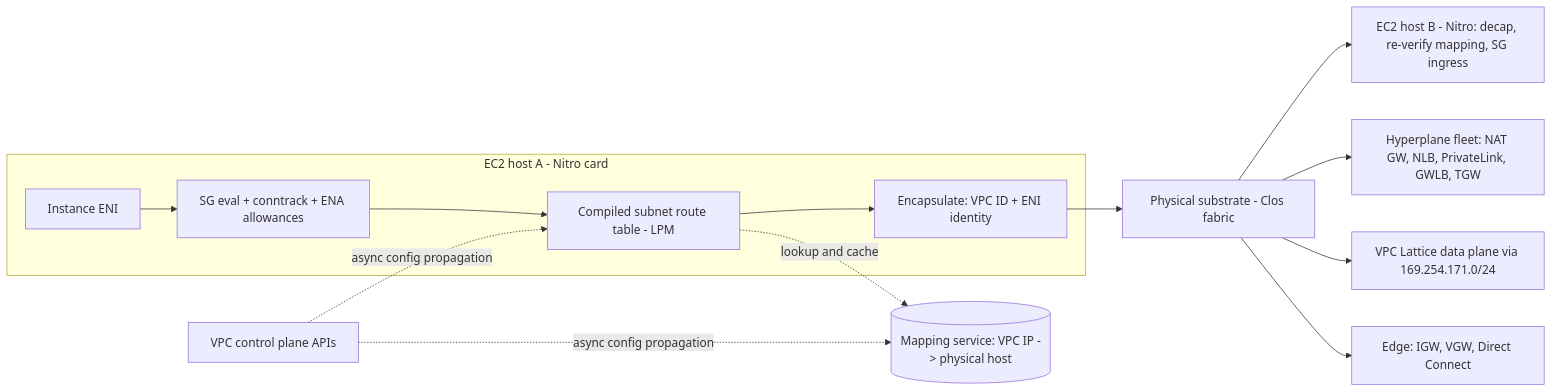
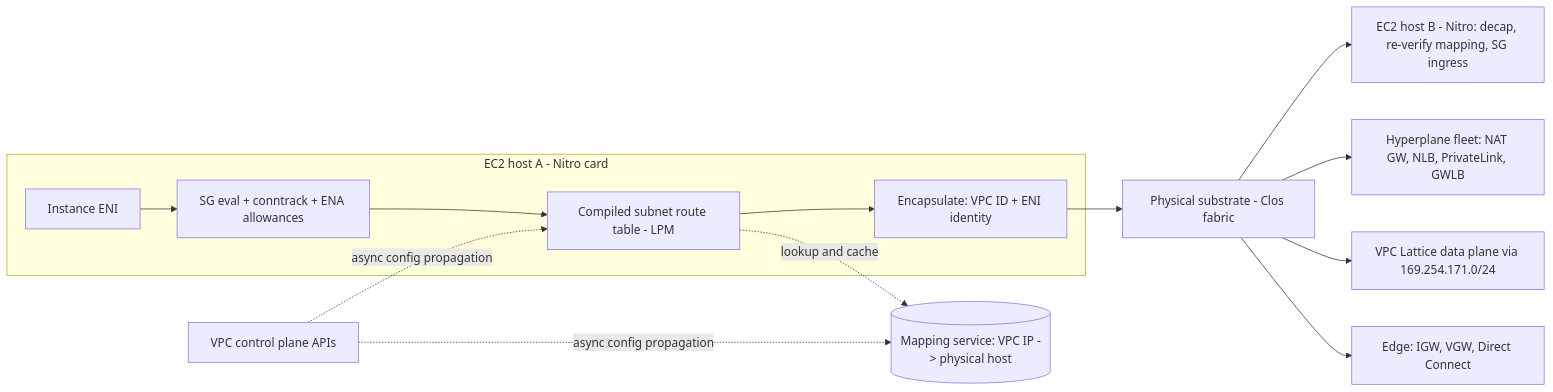
One commit to shreejitverma/SDE-Interview-Prep changed the diagram in 17-Cloud-AI-Engineering/Volume_02_AWS_Deep_Dive/Chapter_03_VPC_Networking_Internals.md. Above: the diagram before and after it, drawn with Mermaid. The commit also changed other lines of this file and 143 other files, not shown here.

````diff
--- a/17-Cloud-AI-Engineering/Volume_02_AWS_Deep_Dive/Chapter_03_VPC_Networking_Internals.md
+++ b/17-Cloud-AI-Engineering/Volume_02_AWS_Deep_Dive/Chapter_03_VPC_Networking_Internals.md
@@ -35,17 +62,17 @@
 ```mermaid
 flowchart LR
   subgraph HostA["EC2 host A - Nitro card"]
     A["Instance ENI"] --> SG["SG eval + conntrack + ENA allowances"]
     SG --> RT["Compiled subnet route table - LPM"]
     RT --> ENC["Encapsulate: VPC ID + ENI identity"]
   end
   MAP[("Mapping service: VPC IP -> physical host")]
   RT -. "lookup and cache" .-> MAP
   ENC --> SUB["Physical substrate - Clos fabric"]
   SUB --> HostB["EC2 host B - Nitro: decap, re-verify mapping, SG ingress"]
-  SUB --> HP["Hyperplane fleet: NAT GW, NLB, PrivateLink, GWLB, TGW"]
+  SUB --> HP["Hyperplane fleet: NAT GW, NLB, PrivateLink, GWLB"]
   SUB --> LAT["VPC Lattice data plane via 169.254.171.0/24"]
   SUB --> EDGE["Edge: IGW, VGW, Direct Connect"]
   CP["VPC control plane APIs"] -. "async config propagation" .-> RT
   CP -. "async config propagation" .-> MAP
 ```
````
